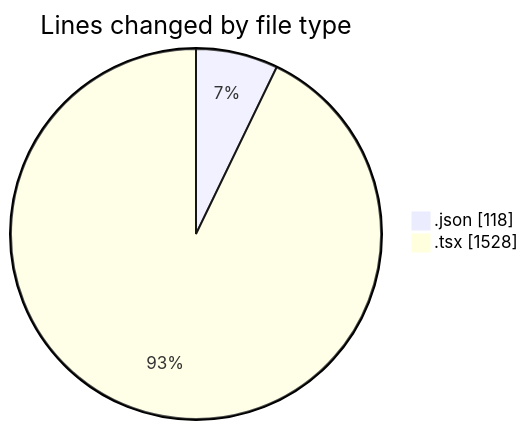
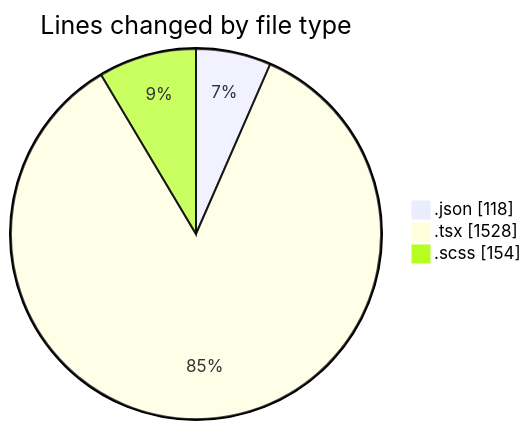
Before and after one commit to momahboobian/code-tracking: the first of 2 diagrams in 2025-11-19/cda/README.md, drawn with Mermaid. The commit also changed other lines of this file and 1 other file, not shown here.

````diff
--- a/2025-11-19/cda/README.md
+++ b/2025-11-19/cda/README.md
@@ -21,6 +22,7 @@
 ```mermaid
 pie showData
 title Lines changed by file type
 ".json" : 118
 ".tsx" : 1528
+".scss" : 154
 ```
````
